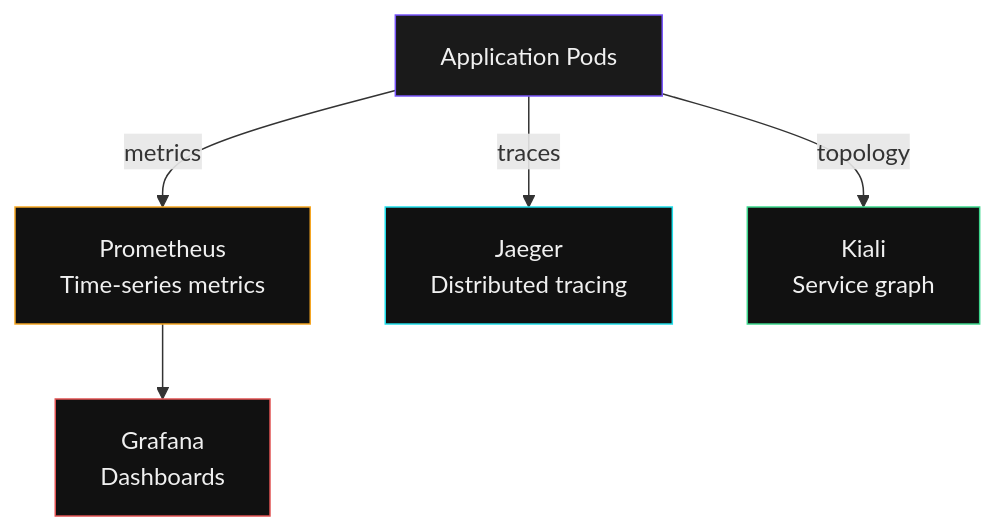
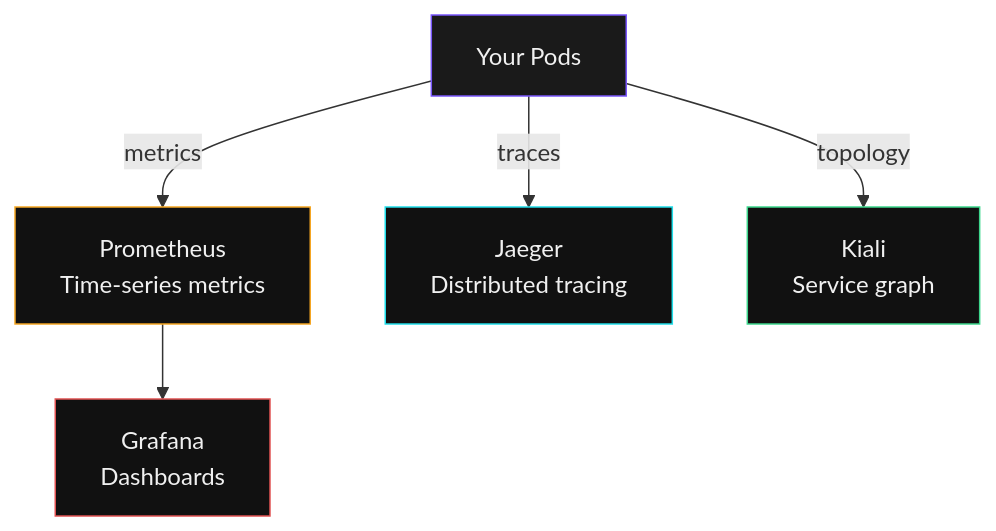
The second of 2 diagrams in workshops/partner-intro/workshop/content/09-live-app-kiali.md (icediceice/Nutanix-NKP-Workshop), drawn with Mermaid before and after one commit. The commit also changed other lines of this file and 7 other files, not shown here.

````diff
--- a/workshops/partner-intro/workshop/content/09-live-app-kiali.md
+++ b/workshops/partner-intro/workshop/content/09-live-app-kiali.md
@@ -59,13 +62,13 @@
 ```mermaid
 graph TB
-    APP["Application Pods"] -->|metrics| PROM["Prometheus<br/>Time-series metrics"]
+    APP["Your Pods"] -->|metrics| PROM["Prometheus<br/>Time-series metrics"]
     APP -->|traces| JAEGER["Jaeger<br/>Distributed tracing"]
     APP -->|topology| KIALI["Kiali<br/>Service graph"]
     PROM --> GRAFANA["Grafana<br/>Dashboards"]
 
     style APP fill:#1A1A1A,stroke:#7855FA,color:#F0F0F0
     style PROM fill:#111,stroke:#F5A623,color:#F0F0F0
     style JAEGER fill:#111,stroke:#1FDDE9,color:#F0F0F0
     style KIALI fill:#111,stroke:#3DD68C,color:#F0F0F0
     style GRAFANA fill:#111,stroke:#E05252,color:#F0F0F0
 ```
````
